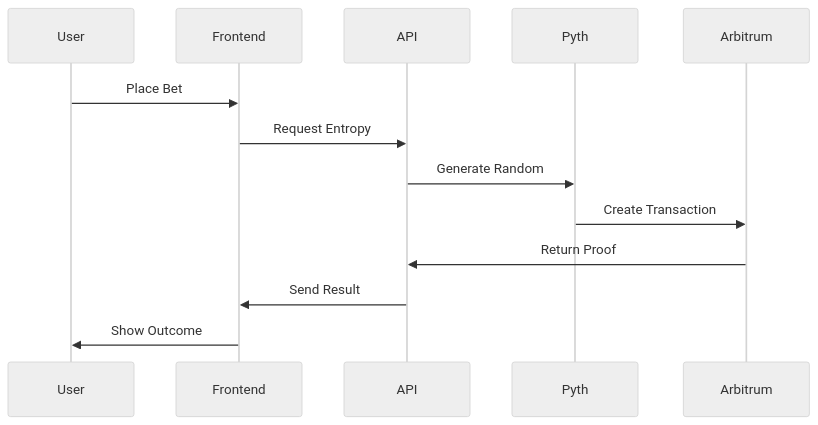
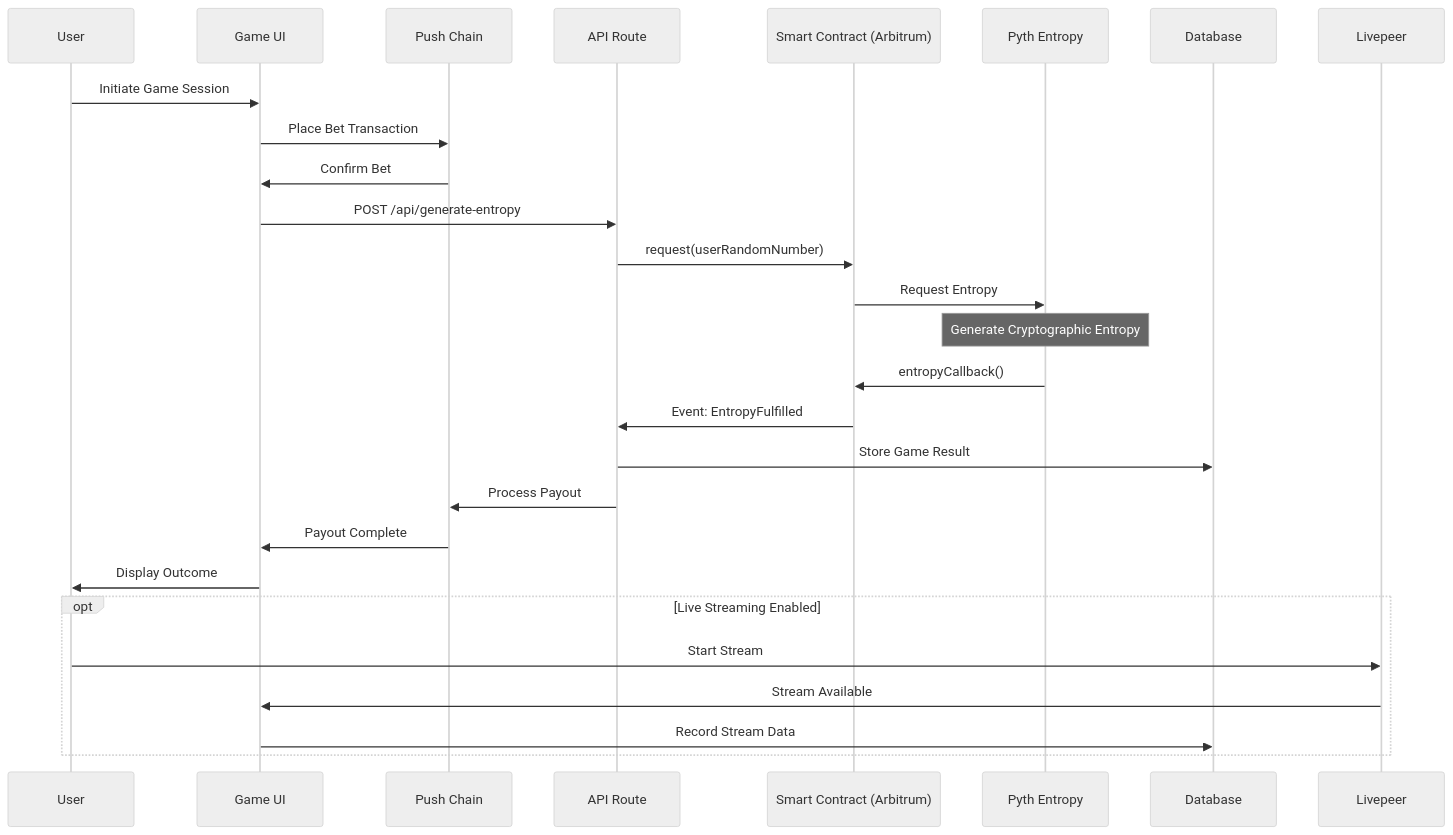
Before and after one commit to AmaanSayyad/APT-Casino-Linera: the third of 4 diagrams in README.md, drawn with Mermaid (neutral theme). The commit also changed other lines of this file and 130 other files, not shown here.

````diff
--- a/README.md
+++ b/README.md
@@ -208,16 +192,36 @@
 ```mermaid
 sequenceDiagram
-    participant User
-    participant Frontend
-    participant API
-    participant Pyth
-    participant Arbitrum
+    participant U as User
+    participant UI as Game UI
+    participant MT as Push Chain
+    participant API as API Route
+    participant SC as Smart Contract (Arbitrum)
+    participant PE as Pyth Entropy
+    participant DB as Database
+    participant LP as Livepeer
     
-    User->>Frontend: Place Bet
-    Frontend->>API: Request Entropy
-    API->>Pyth: Generate Random
-    Pyth->>Arbitrum: Create Transaction
-    Arbitrum->>API: Return Proof
-    API->>Frontend: Send Result
-    Frontend->>User: Show Outcome
+    U->>UI: Initiate Game Session
+    UI->>MT: Place Bet Transaction
+    MT->>UI: Confirm Bet
+    
+    UI->>API: POST /api/generate-entropy
+    API->>SC: request(userRandomNumber)
+    SC->>PE: Request Entropy
+    
+    Note over PE: Generate Cryptographic Entropy
+    
+    PE->>SC: entropyCallback()
+    SC->>API: Event: EntropyFulfilled
+    API->>DB: Store Game Result
+    
+    API->>MT: Process Payout
+    MT->>UI: Payout Complete
+    
+    UI->>U: Display Outcome
+    
+    opt Live Streaming Enabled
+        U->>LP: Start Stream
+        LP->>UI: Stream Available
+        UI->>DB: Record Stream Data
+    end
 ```
````
